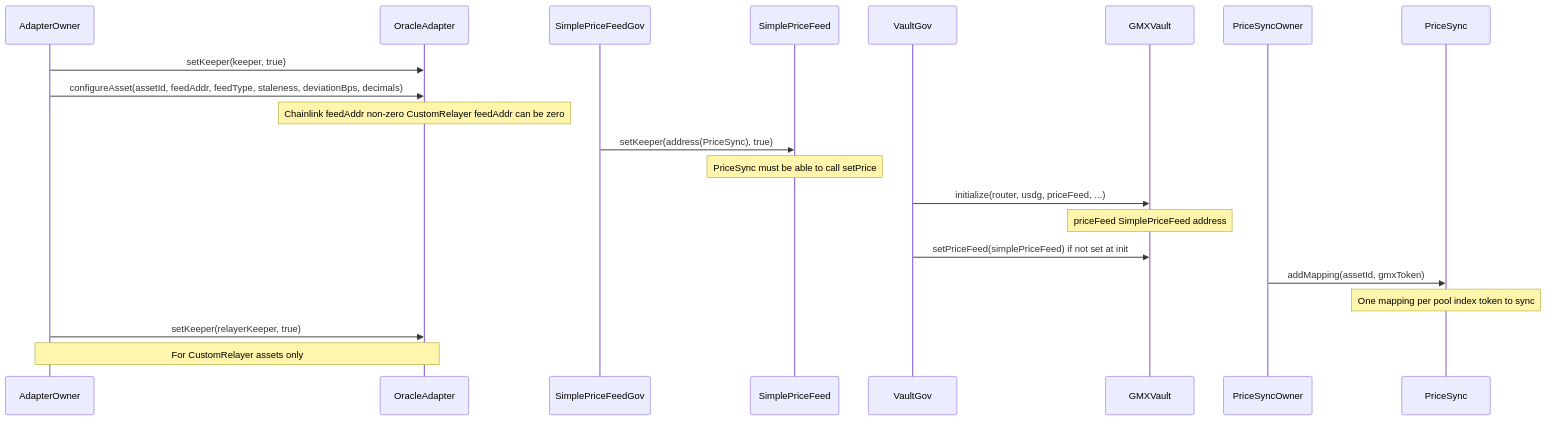
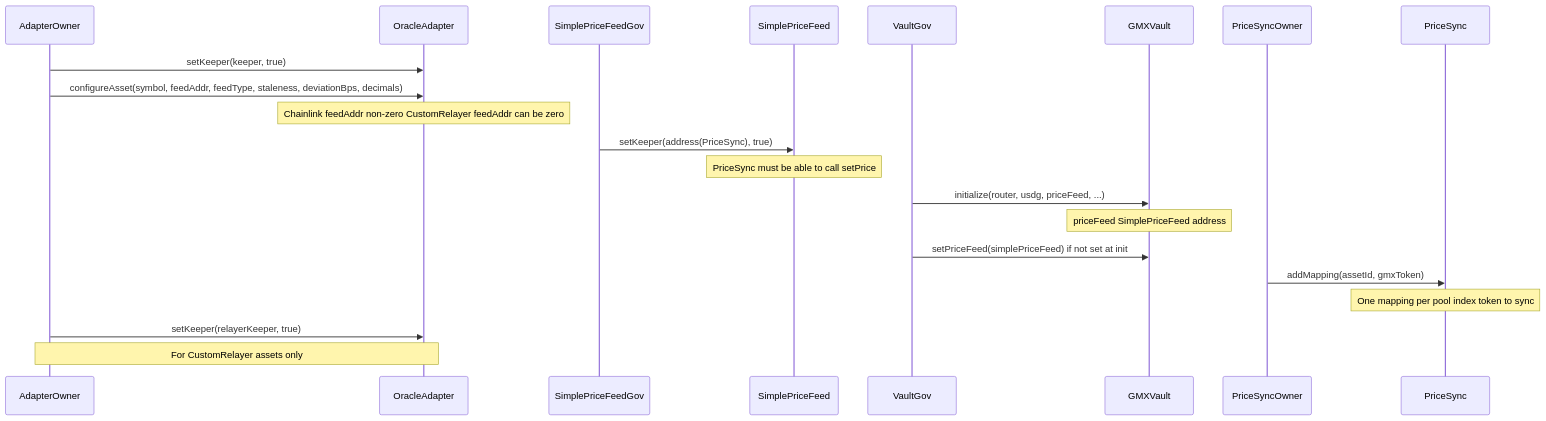
One commit to reubenr0d/indexflow-prototype changed the first of 10 diagrams in docs/PRICE_FEED_FLOW.md. Above: the diagram before and after it, drawn with Mermaid. The commit also changed other lines of this file and 41 other files, not shown here.

````diff
--- a/docs/PRICE_FEED_FLOW.md
+++ b/docs/PRICE_FEED_FLOW.md
@@ -31,28 +31,28 @@
 ```mermaid
 sequenceDiagram
   participant Owner as AdapterOwner
   participant OA as OracleAdapter
   participant Gov as SimplePriceFeedGov
   participant SPF as SimplePriceFeed
   participant VG as VaultGov
   participant GV as GMXVault
   participant PSO as PriceSyncOwner
   participant PS as PriceSync
 
   Owner->>OA: setKeeper(keeper, true)
-  Owner->>OA: configureAsset(assetId, feedAddr, feedType, staleness, deviationBps, decimals)
+  Owner->>OA: configureAsset(symbol, feedAddr, feedType, staleness, deviationBps, decimals)
   Note over OA: Chainlink feedAddr non-zero CustomRelayer feedAddr can be zero
 
   Gov->>SPF: setKeeper(address(PriceSync), true)
   Note over SPF: PriceSync must be able to call setPrice
 
   VG->>GV: initialize(router, usdg, priceFeed, ...)
   Note over GV: priceFeed SimplePriceFeed address
   VG->>GV: setPriceFeed(simplePriceFeed) if not set at init
 
   PSO->>PS: addMapping(assetId, gmxToken)
   Note over PS: One mapping per pool index token to sync
 
   Owner->>OA: setKeeper(relayerKeeper, true)
   Note over Owner,OA: For CustomRelayer assets only
 ```
````
